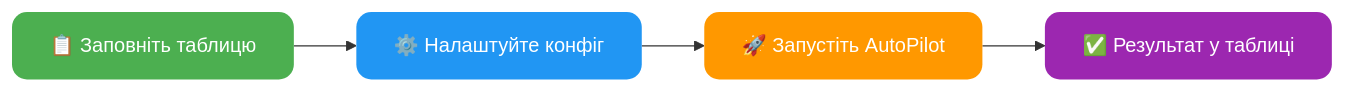
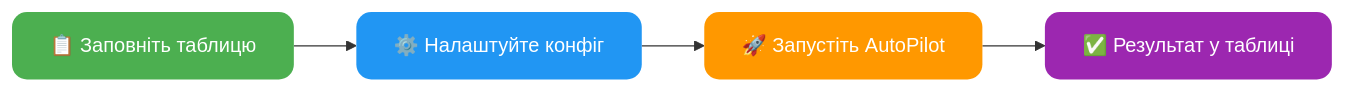
The first of 10 diagrams in src/content/docs/ua/exchanges/mexc-autopilot.md (AutoPilotSoftware/docs), drawn with Mermaid before and after one commit. The commit also changed other lines of this file and 2 other files, not shown here.

````diff
--- a/src/content/docs/ua/exchanges/mexc-autopilot.md
+++ b/src/content/docs/ua/exchanges/mexc-autopilot.md
@@ -28,11 +28,11 @@
 ```mermaid
 flowchart LR
-    A["📋 Заповнiть таблицю"] --> B["⚙️ Налаштуйте конфiг"]
-    B --> C["🚀 Запустiть AutoPilot"]
-    C --> D["✅ Результат у таблицi"]
+    A["📋 Заповніть таблицю"] --> B["⚙️ Налаштуйте конфіг"]
+    B --> C["🚀 Запустіть AutoPilot"]
+    C --> D["✅ Результат у таблиці"]
 
     style A fill:#4CAF50,color:#fff,stroke:none,rx:12
     style B fill:#2196F3,color:#fff,stroke:none,rx:12
     style C fill:#FF9800,color:#fff,stroke:none,rx:12
     style D fill:#9C27B0,color:#fff,stroke:none,rx:12
 ```
````
